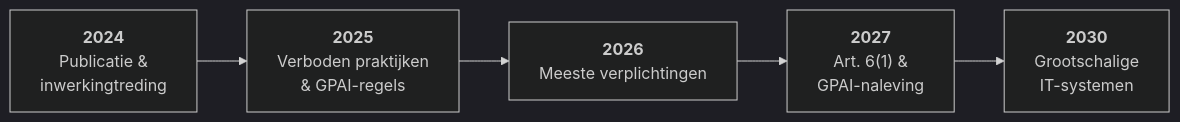
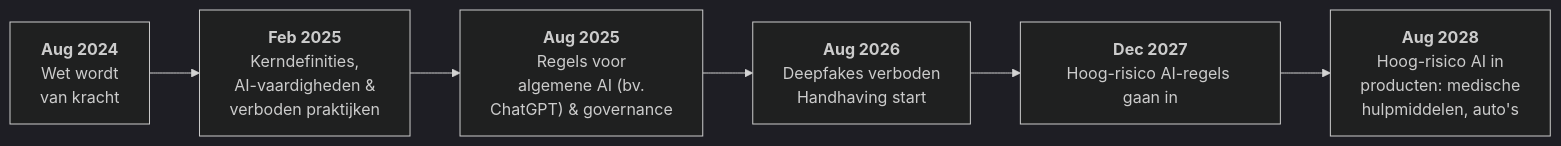
The diagram in mermaid/eu_ai_act_timeline_NL.md (BitrootNL/BitRoot-AI-Visuals), drawn with Mermaid (dark theme) before and after one commit. The commit also changed other lines of this file and 10 other files, not shown here.

Commit message:
timeline fixes and minor styling improvements

````diff
--- a/mermaid/eu_ai_act_timeline_NL.md
+++ b/mermaid/eu_ai_act_timeline_NL.md
@@ -9,7 +13,8 @@
 ```mermaid
 flowchart LR
-    A["<b class='hl'>2024</b><br>Publicatie &<br>inwerkingtreding"] --> B["<b class='hl'>2025</b><br>Verboden praktijken<br>& GPAI-regels"]
-    B --> C["<b class='hl'>2026</b><br>Meeste verplichtingen"]
-    C --> D["<b class='hl'>2027</b><br>Art. 6(1) &<br>GPAI-naleving"]
-    D --> E["<b class='hl'>2030</b><br>Grootschalige<br>IT-systemen"]
+    A["<b class='hl'>Aug 2024</b><br>Wet wordt<br>van kracht"] --> B["<b class='hl'>Feb 2025</b><br>Kerndefinities,<br>AI-vaardigheden &<br>verboden praktijken"]
+    B --> C["<b class='hl'>Aug 2025</b><br>Regels voor<br>algemene AI (bv.<br>ChatGPT) & governance"]
+    C --> D["<b class='hl'>Aug 2026</b><br>Deepfakes verboden<br>Handhaving start"]
+    D --> E["<b class='hl'>Dec 2027</b><br>Hoog-risico AI-regels gaan in"]
+    E --> F["<b class='hl'>Aug 2028</b><br>Hoog-risico AI in<br>producten: medische<br>hulpmiddelen, auto's"]
 ```
````
